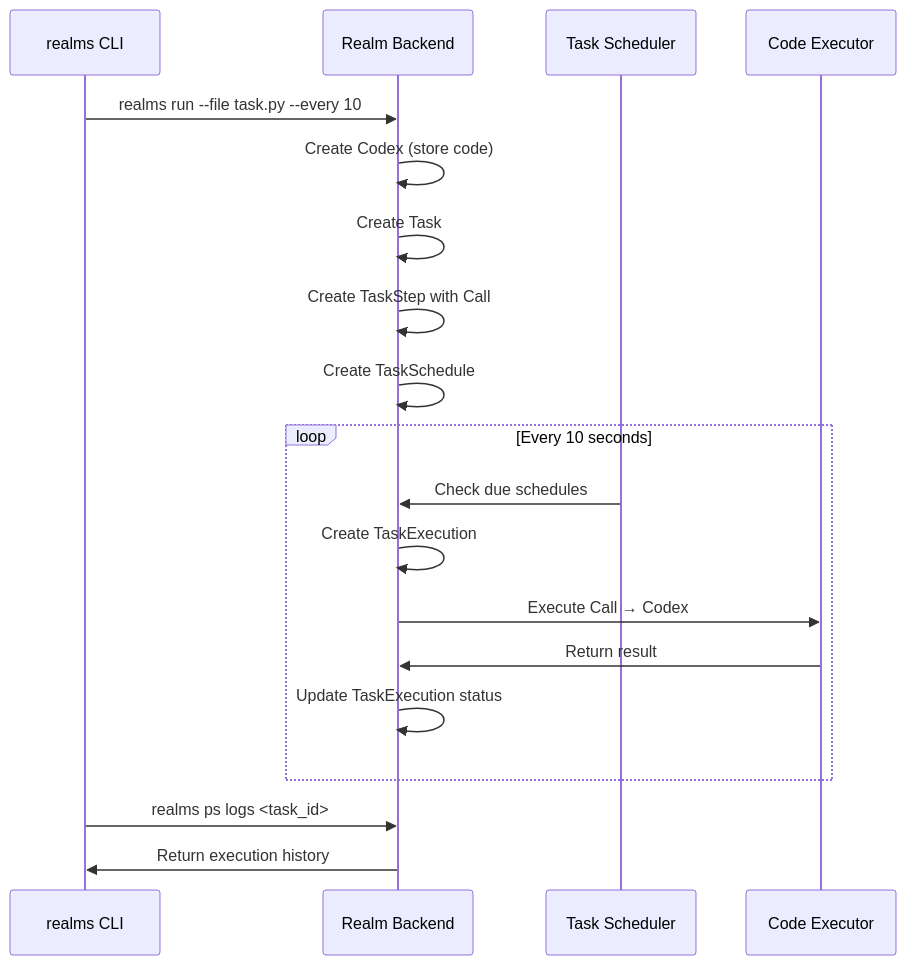
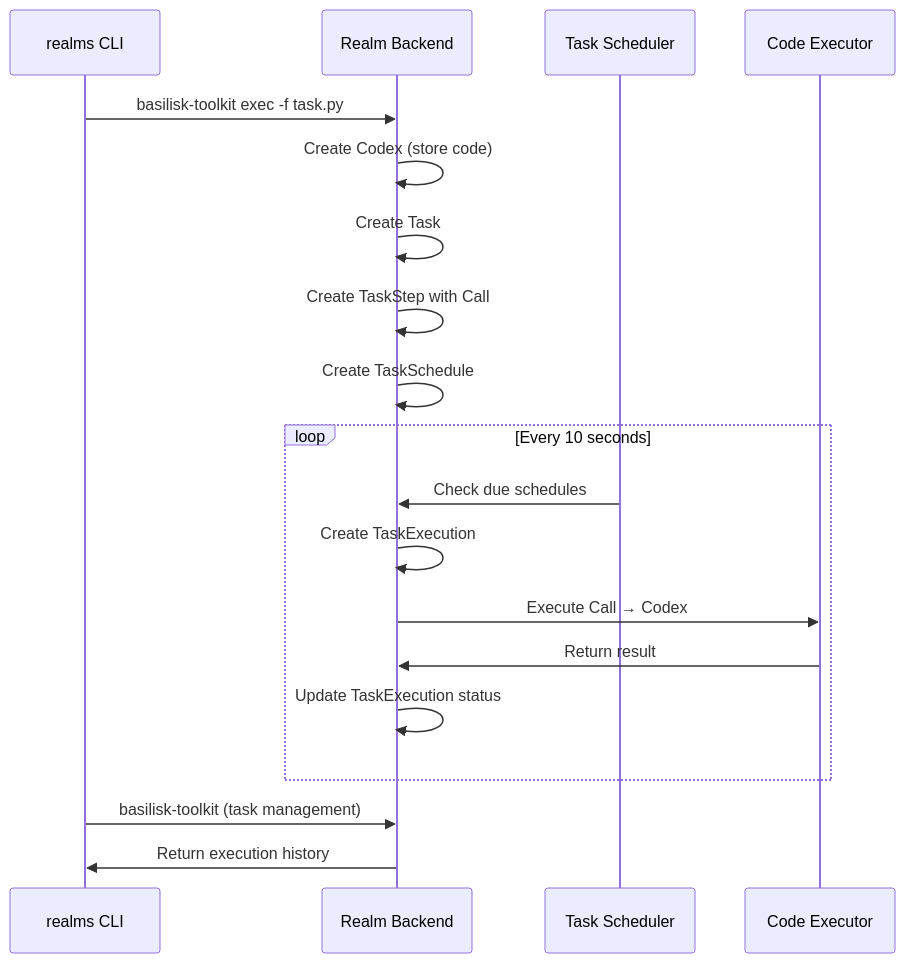
One commit to smart-social-contracts/realms changed the second of 2 diagrams in docs/reference/SCHEDULED_TASKS.md. Above: the diagram before and after it, drawn with Mermaid. The commit also changed other lines of this file and 29 other files, not shown here.

First line of the commit message:
refactor(cli): remove shell/run/fs/ps and duplicate import/export

````diff
--- a/docs/reference/SCHEDULED_TASKS.md
+++ b/docs/reference/SCHEDULED_TASKS.md
@@ -69,24 +69,24 @@
 ```mermaid
 sequenceDiagram
     participant CLI as realms CLI
     participant Backend as Realm Backend
     participant Scheduler as Task Scheduler
     participant Executor as Code Executor
     
-    CLI->>Backend: realms run --file task.py --every 10
+    CLI->>Backend: basilisk-toolkit exec -f task.py
     Backend->>Backend: Create Codex (store code)
     Backend->>Backend: Create Task
     Backend->>Backend: Create TaskStep with Call
     Backend->>Backend: Create TaskSchedule
     
     loop Every 10 seconds
         Scheduler->>Backend: Check due schedules
         Backend->>Backend: Create TaskExecution
         Backend->>Executor: Execute Call → Codex
         Executor->>Backend: Return result
         Backend->>Backend: Update TaskExecution status
     end
     
-    CLI->>Backend: realms ps logs <task_id>
+    CLI->>Backend: basilisk-toolkit (task management)
     Backend->>CLI: Return execution history
 ```
````
